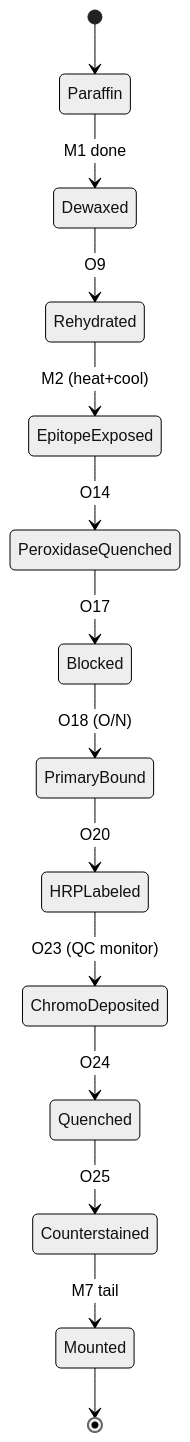
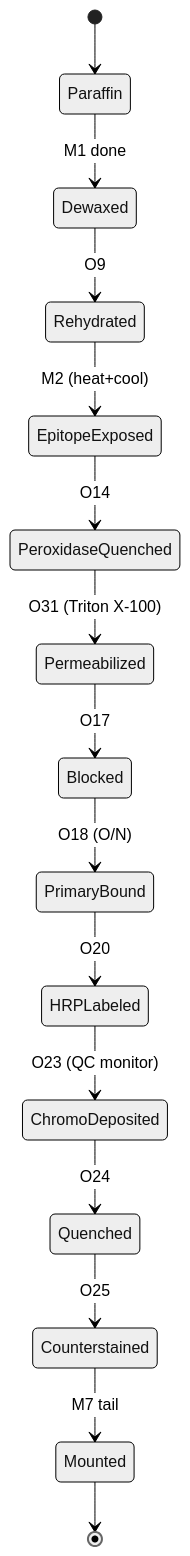
One commit to yxiaoimmun-art/SLab.jl changed the fourth of 7 diagrams in ihc_system_operation.md. Above: the diagram before and after it, drawn with Mermaid (neutral theme). The commit also changed other lines of this file, not shown here.

````diff
--- a/ihc_system_operation.md
+++ b/ihc_system_operation.md
@@ -321,16 +330,17 @@
 ```mermaid
 stateDiagram-v2
     [*] --> Paraffin
     Paraffin --> Dewaxed : M1 done
     Dewaxed --> Rehydrated : O9
     Rehydrated --> EpitopeExposed : M2 (heat+cool)
     EpitopeExposed --> PeroxidaseQuenched : O14
-    PeroxidaseQuenched --> Blocked : O17
+    PeroxidaseQuenched --> Permeabilized : O31 (Triton X-100)
+    Permeabilized --> Blocked : O17
     Blocked --> PrimaryBound : O18 (O/N)
     PrimaryBound --> HRPLabeled : O20
     HRPLabeled --> ChromoDeposited : O23 (QC monitor)
     ChromoDeposited --> Quenched : O24
     Quenched --> Counterstained : O25
     Counterstained --> Mounted : M7 tail
     Mounted --> [*]
 ```
````
